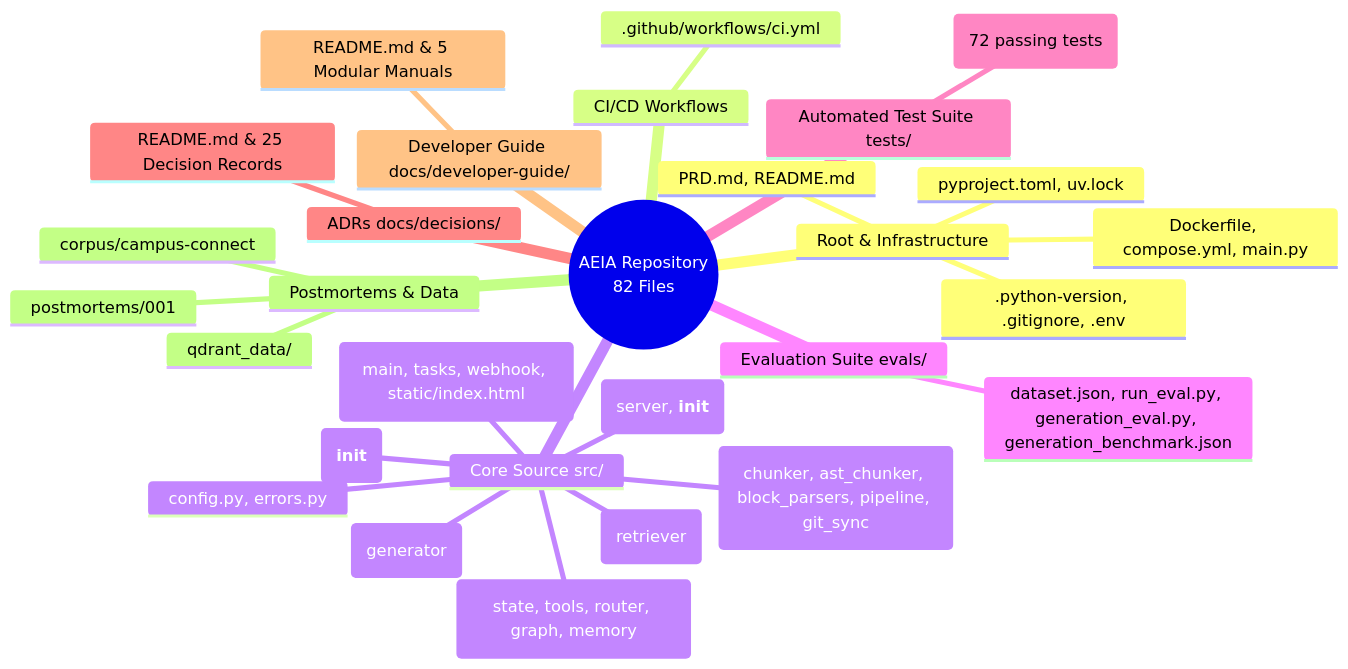
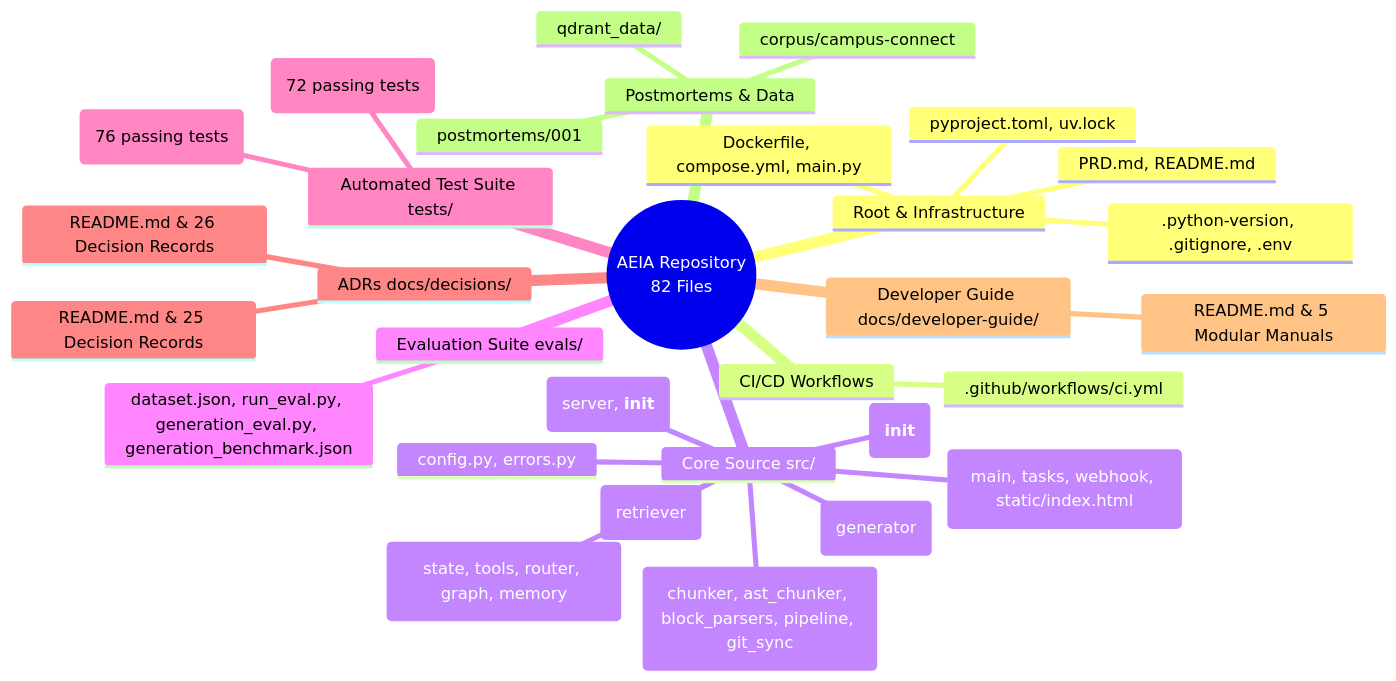
The diagram in docs/developer-guide/03-file-by-file-mastery-catalog.md (krotrn/campus-connect-ai), drawn with Mermaid before and after one commit. The commit also changed other lines of this file and 34 other files, not shown here.

````diff
--- a/docs/developer-guide/03-file-by-file-mastery-catalog.md
+++ b/docs/developer-guide/03-file-by-file-mastery-catalog.md
@@ -15,32 +15,34 @@
 ```mermaid
 mindmap
   root((AEIA Repository<br/>82 Files))
     Root & Infrastructure
       pyproject.toml, uv.lock
       .python-version, .gitignore, .env
       Dockerfile, compose.yml, main.py
       PRD.md, README.md
     CI/CD Workflows
       .github/workflows/ci.yml
     Core Source src/
       config.py, errors.py
       ingestion/ (chunker, ast_chunker, block_parsers, pipeline, git_sync)
       retrieval/ (retriever)
       generation/ (generator)
       observability/ (__init__)
       agent/ (state, tools, router, graph, memory)
       mcp/ (server, __init__)
       api/ (main, tasks, webhook, static/index.html)
     Evaluation Suite evals/
       dataset.json, run_eval.py, generation_eval.py, generation_benchmark.json
     Automated Test Suite tests/
       14 Test Suites (72 passing tests)
+      15 Test Suites (76 passing tests)
     ADRs docs/decisions/
       README.md & 25 Decision Records
+      README.md & 26 Decision Records
     Developer Guide docs/developer-guide/
       README.md & 5 Modular Manuals
     Postmortems & Data
       postmortems/001
       corpus/campus-connect
       qdrant_data/
 ```
````
